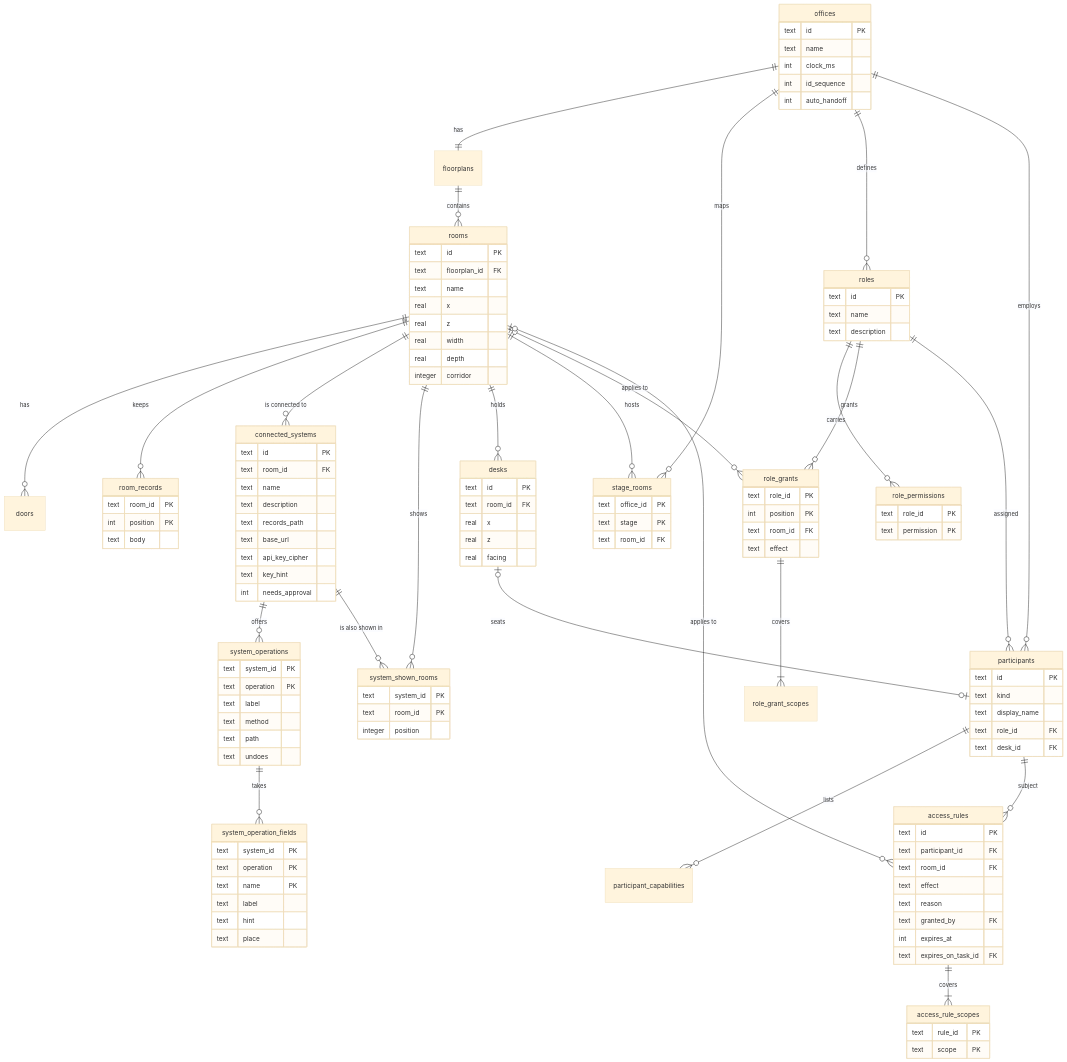
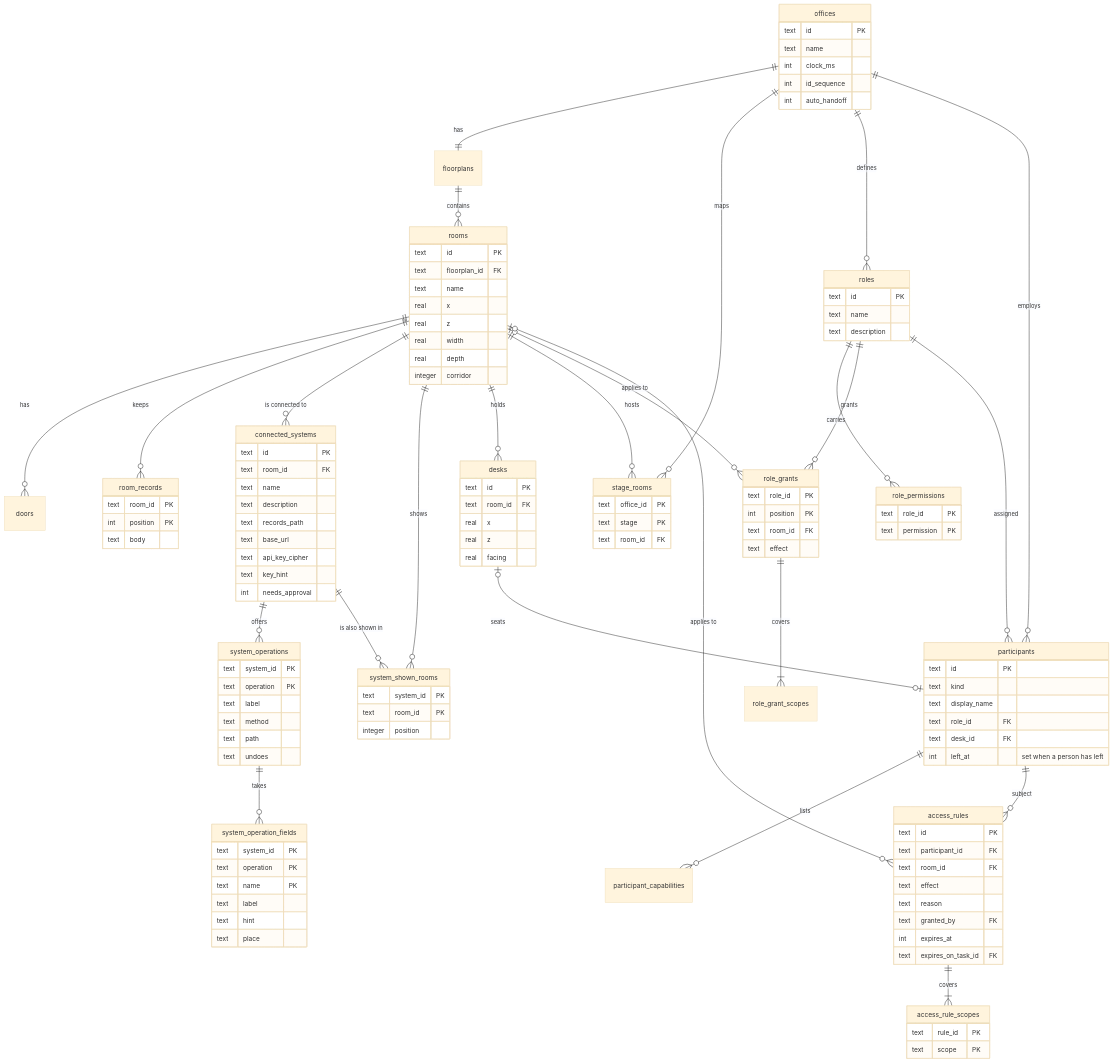
Diagram 12 of 16 in README.md (seyitgkc/ai-virtual-office), drawn with Mermaid (base theme) before and after one commit. The commit also changed other lines of this file and 14 other files, not shown here.

```diff
--- a/README.md
+++ b/README.md
@@ -1315,6 +1320,7 @@
     text display_name
     text role_id FK
     text desk_id FK
+    int left_at "set when a person has left"
   }
   access_rules {
     text id PK
```
